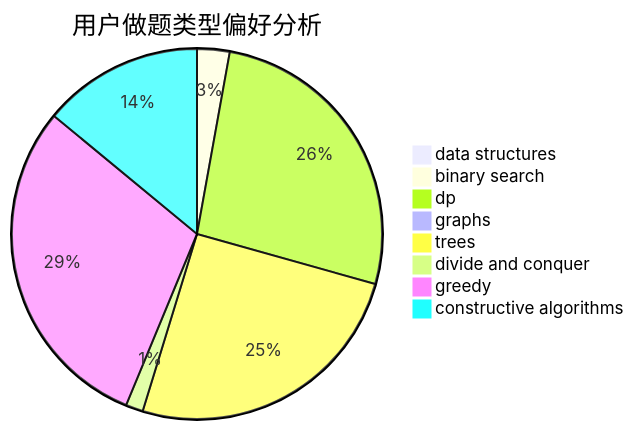
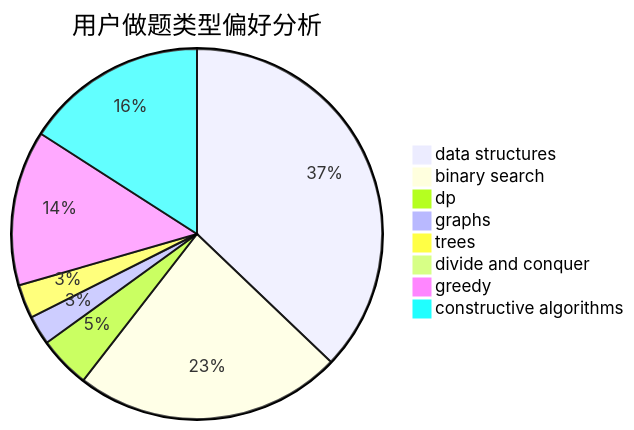
One commit to sherpahu/cfrs.github.io changed the second of 3 diagrams in docs/user/u2227.md. Above: the diagram before and after it, drawn with Mermaid. The commit also changed other lines of this file and 2770 other files, not shown here.

````diff
--- a/docs/user/u2227.md
+++ b/docs/user/u2227.md
@@ -23,11 +23,11 @@
 ```mermaid
 pie title 用户做题类型偏好分析
-    "data structures" :  3
-    "binary search" :  15
-    "dp" :  140
-    "graphs" :  4
-    "trees" :  134
-    "divide and conquer" :  8
-    "greedy" :  157
-    "constructive algorithms" :  74
+    "data structures" :  189
+    "binary search" :  119
+    "dp" :  23
+    "graphs" :  13
+    "trees" :  15
+    "divide and conquer" :  1
+    "greedy" :  69
+    "constructive algorithms" :  81
 ```
````
